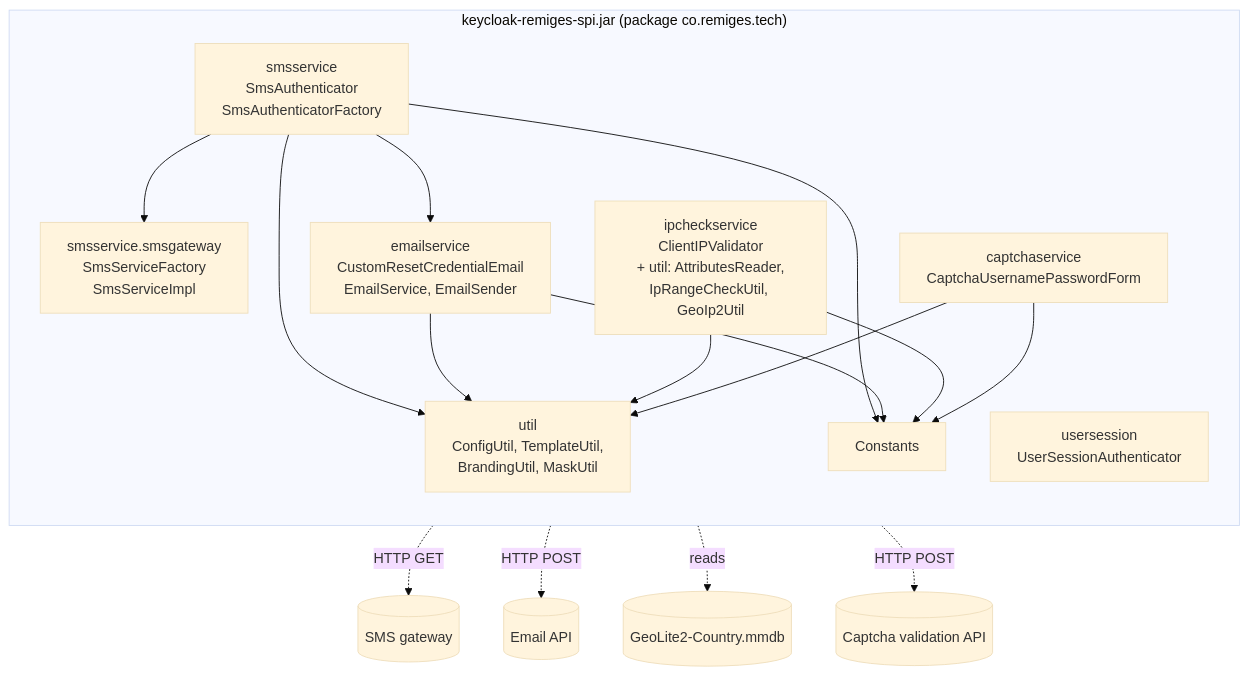
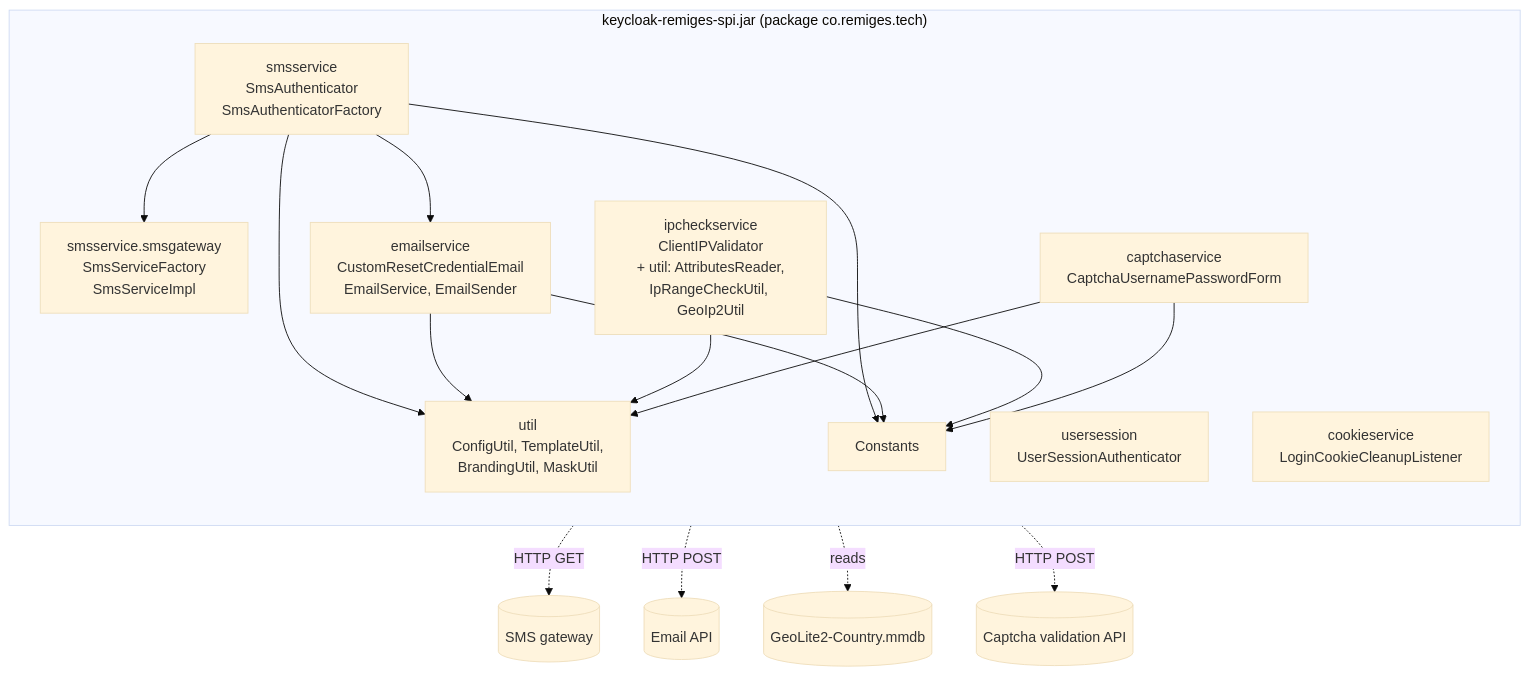
The first of 2 diagrams in docs/architecture.md (remiges-aniket/keycloak-2fa-otp-spi), drawn with Mermaid (base theme) before and after one commit. The commit also changed other lines of this file and 12 other files, not shown here.

Commit message:
refs: #4967 docs: login cookie cleanup guide, Keycloak 26 and Java 17 requirements, decrypted credential check, release rule to raise the jar version; build defaults to Keycloak 26.0.2

````diff
--- a/docs/architecture.md
+++ b/docs/architecture.md
@@ -17,27 +18,28 @@
 ```mermaid
 flowchart TB
     subgraph JAR["keycloak-remiges-spi.jar  (package co.remiges.tech)"]
         direction TB
         SMS["smsservice<br/>SmsAuthenticator<br/>SmsAuthenticatorFactory"]
         GW["smsservice.smsgateway<br/>SmsServiceFactory<br/>SmsServiceImpl"]
         EM["emailservice<br/>CustomResetCredentialEmail<br/>EmailService, EmailSender"]
         IP["ipcheckservice<br/>ClientIPValidator<br/>+ util: AttributesReader,<br/>IpRangeCheckUtil, GeoIp2Util"]
         CAP["captchaservice<br/>CaptchaUsernamePasswordForm"]
         SES["usersession<br/>UserSessionAuthenticator"]
+        COK["cookieservice<br/>LoginCookieCleanupListener"]
         UT["util<br/>ConfigUtil, TemplateUtil,<br/>BrandingUtil, MaskUtil"]
         CO["Constants"]
     end
 
     SMS --> GW
     SMS --> EM
     SMS --> UT
     EM --> UT
     IP --> UT
     CAP --> UT
     SMS & EM & IP & CAP --> CO
 
     GW -. HTTP GET .-> G[(SMS gateway)]
     EM -. HTTP POST .-> M[(Email API)]
     IP -. reads .-> DB[(GeoLite2-Country.mmdb)]
     CAP -. HTTP POST .-> V[(Captcha validation API)]
 ```
````
